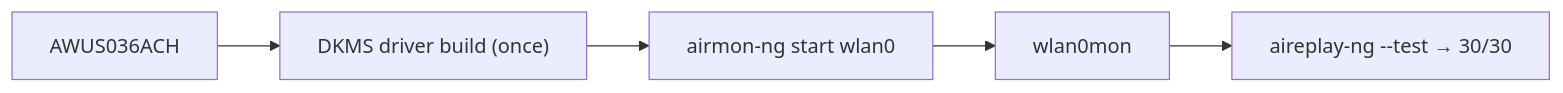
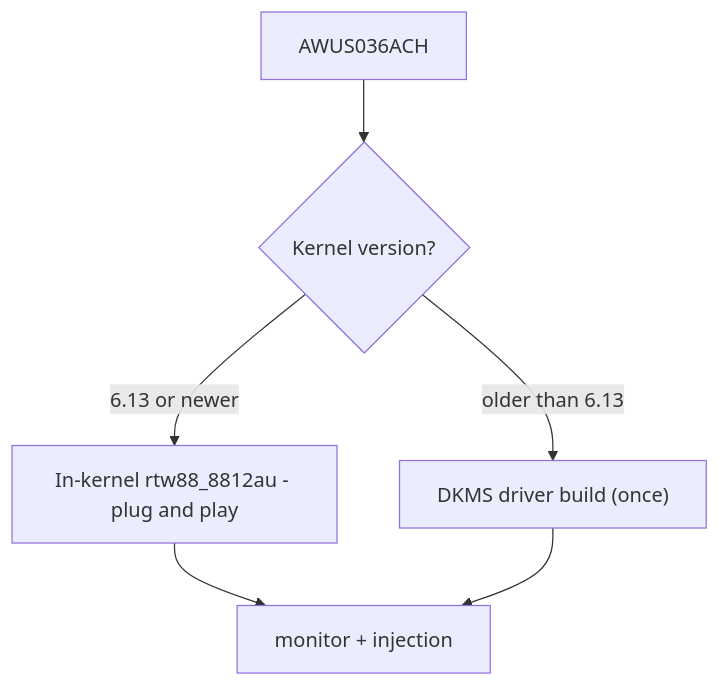
The diagram in docs/01-alfa-network/products/awus036ach/index.md (yopitek/yupitek-wiki), drawn with Mermaid before and after one commit. The commit also changed other lines of this file and 108 other files, not shown here.

````diff
--- a/docs/01-alfa-network/products/awus036ach/index.md
+++ b/docs/01-alfa-network/products/awus036ach/index.md
@@ -47,7 +98,8 @@
 ```mermaid
-flowchart LR
-    A["AWUS036ACH"] --> B["DKMS driver build (once)"]
-    B --> C["airmon-ng start wlan0"]
-    C --> D["wlan0mon"]
-    D --> E["aireplay-ng --test → 30/30"]
+flowchart TD
+    A["AWUS036ACH"] --> B{"Kernel version?"}
+    B -->|"6.13 or newer"| C["In-kernel rtw88_8812au - plug and play"]
+    B -->|"older than 6.13"| D["DKMS driver build (once)"]
+    C --> E["monitor + injection"]
+    D --> E
 ```
````
